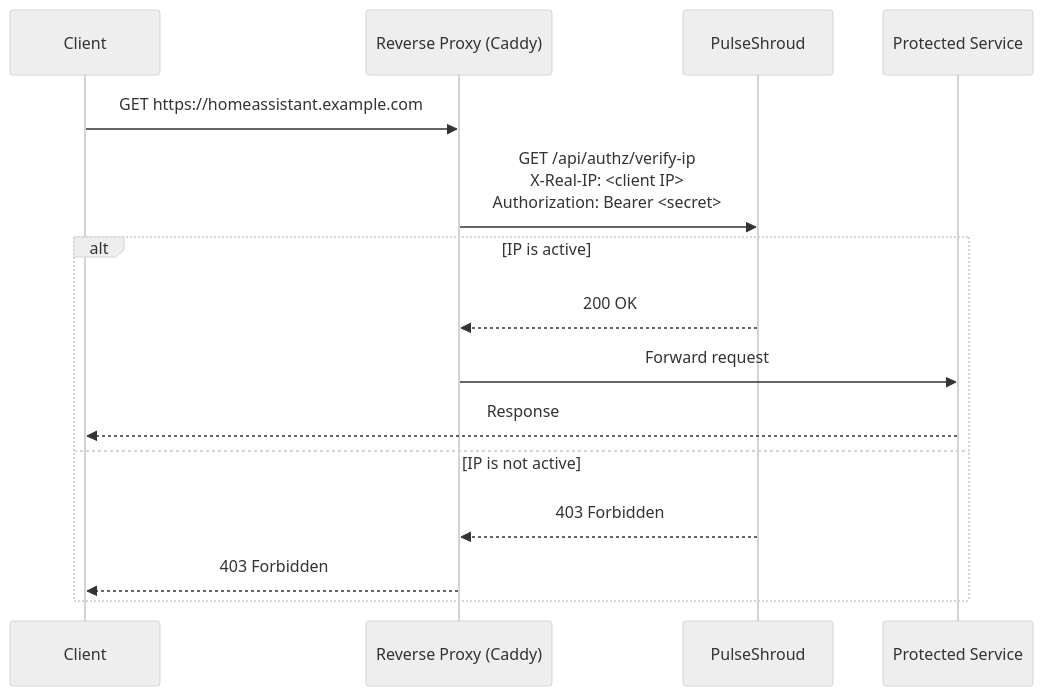
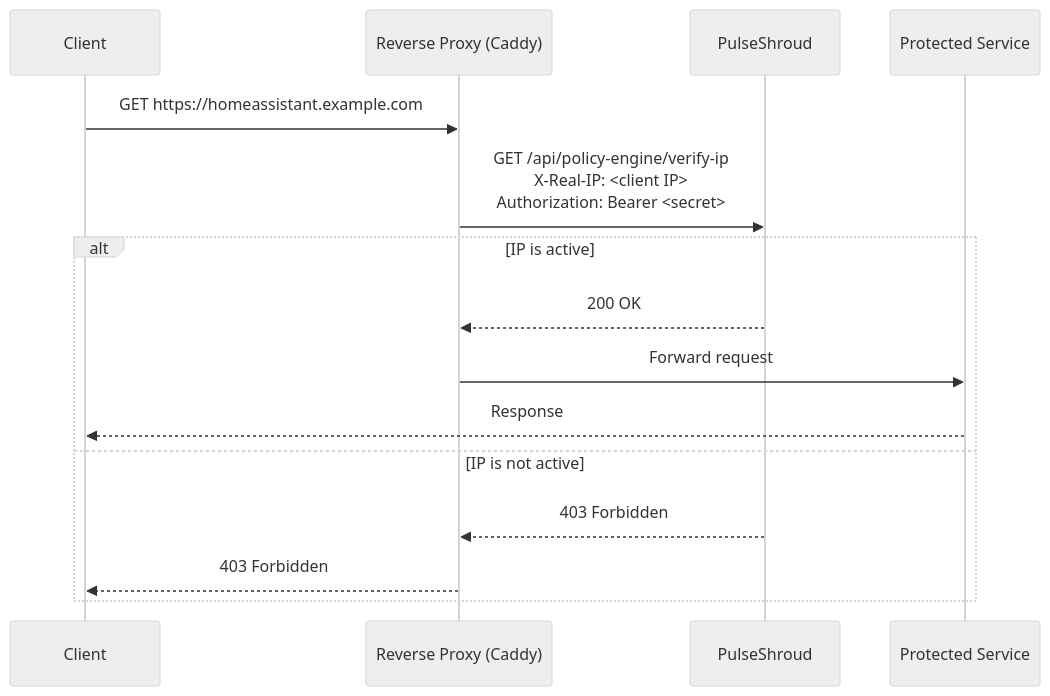
Before and after one commit to DiegoGuidaF/PulseWeaver: the first of 2 diagrams in README.md, drawn with Mermaid (neutral theme). The commit also changed other lines of this file and 16 other files, not shown here.

Commit message:
chore(general): Rename authz new domain to policy to better reflect what it is

````diff
--- a/README.md
+++ b/README.md
@@ -45,17 +45,17 @@
 ```mermaid
 sequenceDiagram
     participant C as Client
     participant P as Reverse Proxy (Caddy)
     participant W as PulseShroud
     participant S as Protected Service
     C ->> P: GET https://homeassistant.example.com
-    P ->> W: GET /api/authz/verify-ip<br/>X-Real-IP: <client IP><br/>Authorization: Bearer <secret>
+    P ->> W: GET /api/policy-engine/verify-ip<br/>X-Real-IP: <client IP><br/>Authorization: Bearer <secret>
     alt IP is active
         W -->> P: 200 OK
         P ->> S: Forward request
         S -->> C: Response
     else IP is not active
         W -->> P: 403 Forbidden
         P -->> C: 403 Forbidden
     end
 ```
````
